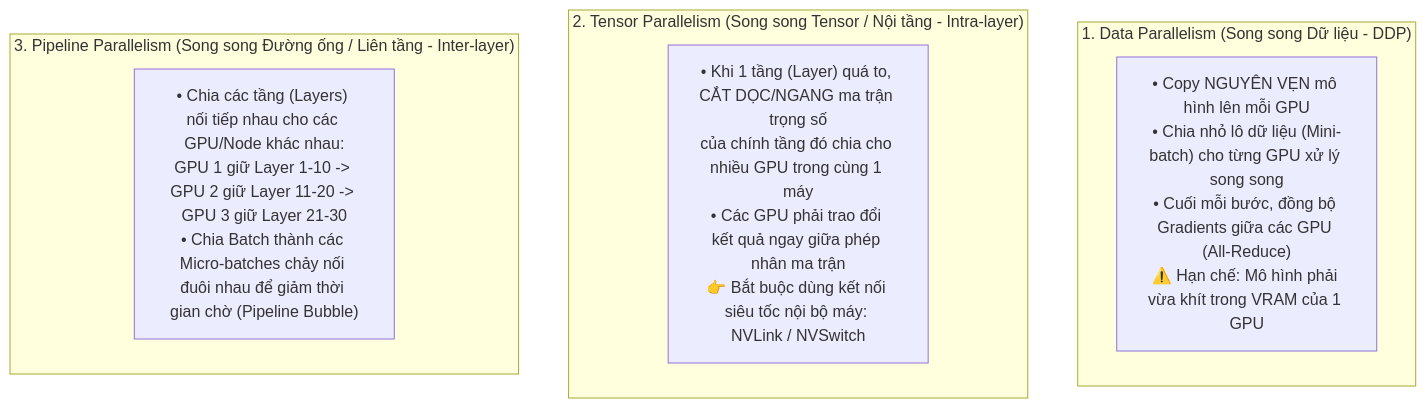
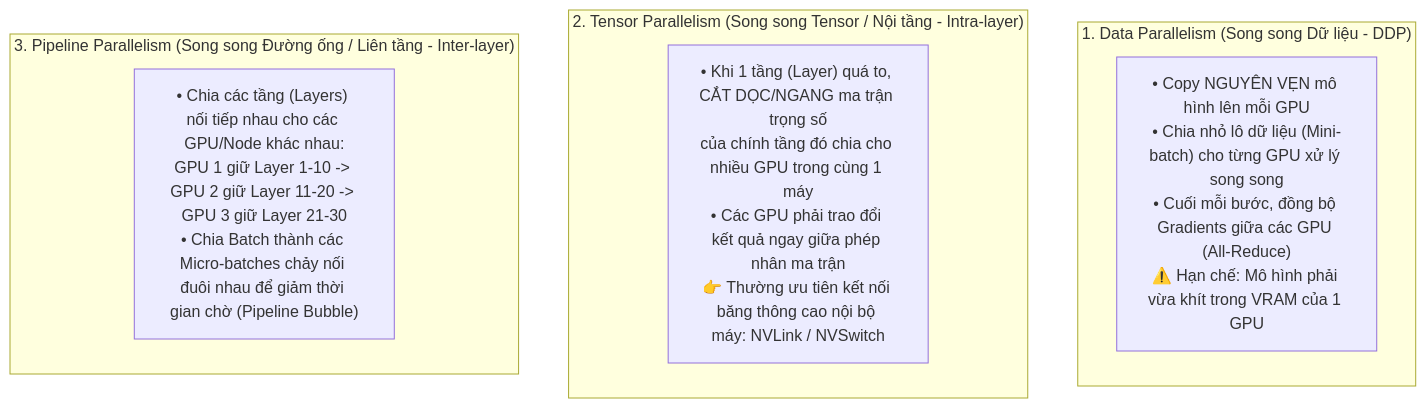
Before and after one commit to nxthanh2904/nca-genl: the sixth of 8 diagrams in Module_01_AI_Infrastructure.md, drawn with Mermaid. The commit also changed other lines of this file and 14 other files, not shown here.

````diff
--- a/Module_01_AI_Infrastructure.md
+++ b/Module_01_AI_Infrastructure.md
@@ -221,14 +224,14 @@
 ```mermaid
 flowchart TD
     subgraph DP["1. Data Parallelism (Song song Dữ liệu - DDP)"]
         DP_Desc["• Copy NGUYÊN VẸN mô hình lên mỗi GPU<br/>• Chia nhỏ lô dữ liệu (Mini-batch) cho từng GPU xử lý song song<br/>• Cuối mỗi bước, đồng bộ Gradients giữa các GPU (All-Reduce)<br/>⚠️ Hạn chế: Mô hình phải vừa khít trong VRAM của 1 GPU"]
     end
 
     subgraph TP["2. Tensor Parallelism (Song song Tensor / Nội tầng - Intra-layer)"]
-        TP_Desc["• Khi 1 tầng (Layer) quá to, CẮT DỌC/NGANG ma trận trọng số<br/>của chính tầng đó chia cho nhiều GPU trong cùng 1 máy<br/>• Các GPU phải trao đổi kết quả ngay giữa phép nhân ma trận<br/>👉 Bắt buộc dùng kết nối siêu tốc nội bộ máy: NVLink / NVSwitch"]
+        TP_Desc["• Khi 1 tầng (Layer) quá to, CẮT DỌC/NGANG ma trận trọng số<br/>của chính tầng đó chia cho nhiều GPU trong cùng 1 máy<br/>• Các GPU phải trao đổi kết quả ngay giữa phép nhân ma trận<br/>👉 Thường ưu tiên kết nối băng thông cao nội bộ máy: NVLink / NVSwitch"]
     end
 
     subgraph PP["3. Pipeline Parallelism (Song song Đường ống / Liên tầng - Inter-layer)"]
         PP_Desc["• Chia các tầng (Layers) nối tiếp nhau cho các GPU/Node khác nhau:<br/>GPU 1 giữ Layer 1-10 -> GPU 2 giữ Layer 11-20 -> GPU 3 giữ Layer 21-30<br/>• Chia Batch thành các Micro-batches chảy nối đuôi nhau để giảm thời gian chờ (Pipeline Bubble)"]
     end
 ```
````
